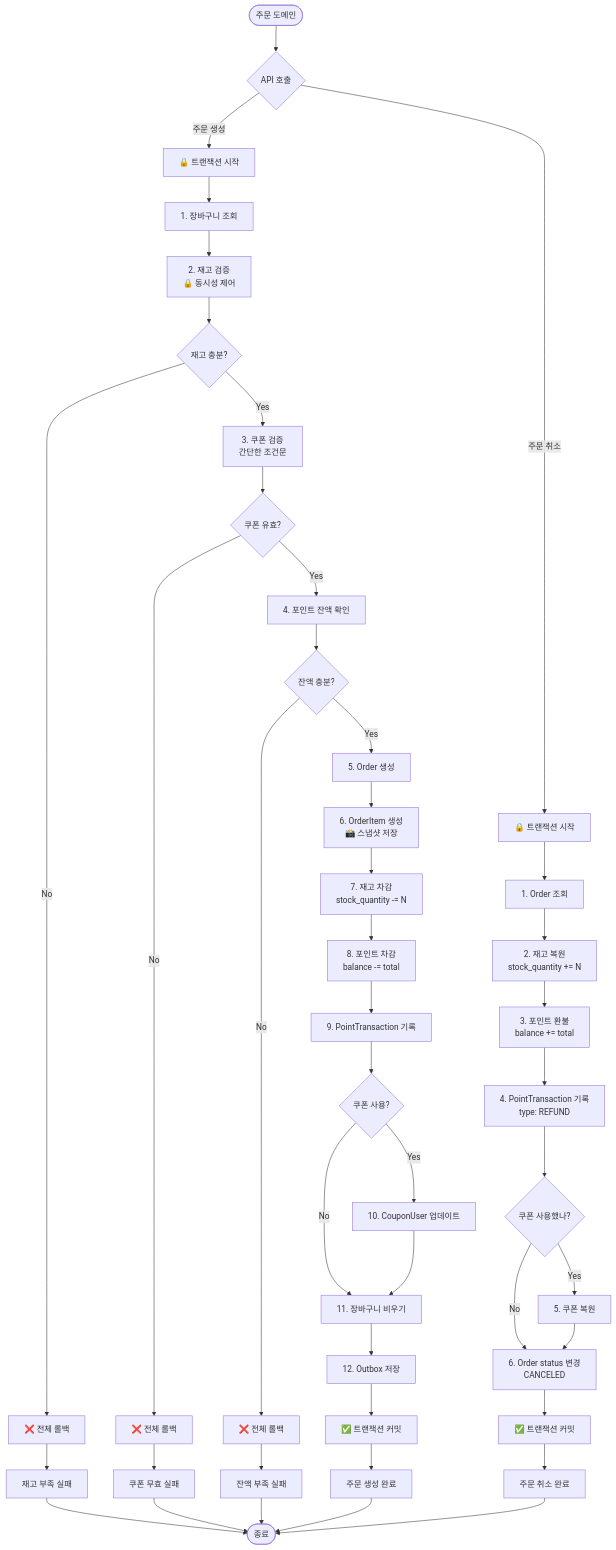
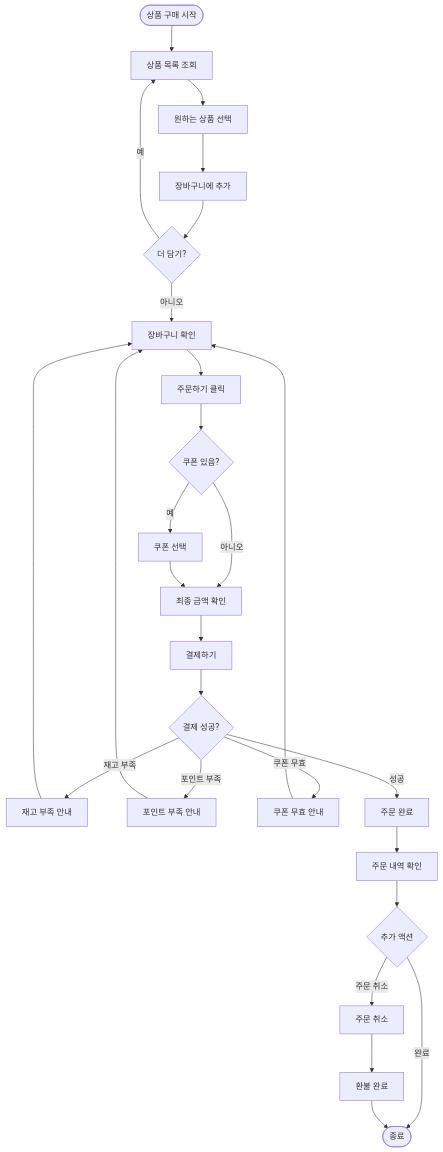
One commit to kmkim2051/hh-ecommerce changed the first of 3 diagrams in docs/02.flow_chart.md. Above: the diagram before and after it, drawn with Mermaid. The commit also changed other lines of this file, not shown here.

Commit message:
[Docs] Flowchart - 사용자 비즈니스 액션 위주로 수정

````diff
--- a/docs/02.flow_chart.md
+++ b/docs/02.flow_chart.md
@@ -5,53 +5,29 @@
 ```mermaid
 flowchart TD
-    Start([주문 도메인]) --> Action{API 호출}
-    
-    Action -->|주문 생성| TxStart[🔒 트랜잭션 시작]
-    
-    TxStart --> Step1[1. 장바구니 조회]
-    Step1 --> Step2[2. 재고 검증<br/>🔒 동시성 제어]
-    Step2 --> StockOK{재고 충분?}
-    StockOK -->|No| Rollback1[❌ 전체 롤백]
-    Rollback1 --> Fail1[재고 부족 실패]
-    
-    StockOK -->|Yes| Step3[3. 쿠폰 검증<br/>간단한 조건문]
-    Step3 --> CouponOK{쿠폰 유효?}
-    CouponOK -->|No| Rollback2[❌ 전체 롤백]
-    Rollback2 --> Fail2[쿠폰 무효 실패]
-    
-    CouponOK -->|Yes| Step4[4. 포인트 잔액 확인]
-    Step4 --> BalanceOK{잔액 충분?}
-    BalanceOK -->|No| Rollback3[❌ 전체 롤백]
-    Rollback3 --> Fail3[잔액 부족 실패]
-    
-    BalanceOK -->|Yes| Step5[5. Order 생성]
-    Step5 --> Step6[6. OrderItem 생성<br/>📸 스냅샷 저장]
-    Step6 --> Step7[7. 재고 차감<br/>stock_quantity -= N]
-    Step7 --> Step8[8. 포인트 차감<br/>balance -= total]
-    Step8 --> Step9[9. PointTransaction 기록]
-    Step9 --> Step10{쿠폰 사용?}
-    Step10 -->|Yes| Step11[10. CouponUser 업데이트]
-    Step10 -->|No| Step12
-    Step11 --> Step12[11. 장바구니 비우기]
-    Step12 --> Step13[12. Outbox 저장]
-    Step13 --> TxCommit[✅ 트랜잭션 커밋]
-    TxCommit --> Success1[주문 생성 완료]
-    
-    Action -->|주문 취소| CancelTxStart[🔒 트랜잭션 시작]
-    CancelTxStart --> Cancel1[1. Order 조회]
-    Cancel1 --> Cancel2[2. 재고 복원<br/>stock_quantity += N]
-    Cancel2 --> Cancel3[3. 포인트 환불<br/>balance += total]
-    Cancel3 --> Cancel4[4. PointTransaction 기록<br/>type: REFUND]
-    Cancel4 --> Cancel5{쿠폰 사용했나?}
-    Cancel5 -->|Yes| Cancel6[5. 쿠폰 복원]
-    Cancel5 -->|No| Cancel7
-    Cancel6 --> Cancel7[6. Order status 변경<br/>CANCELED]
-    Cancel7 --> CancelTxCommit[✅ 트랜잭션 커밋]
-    CancelTxCommit --> Success2[주문 취소 완료]
-    
-    Fail1 --> End([종료])
-    Fail2 --> End
-    Fail3 --> End
-    Success1 --> End
-    Success2 --> End
+    Start([상품 구매 시작]) --> A[상품 목록 조회]
+    A --> B[원하는 상품 선택]
+    B --> C[장바구니에 추가]
+    C --> D{더 담기?}
+    D -->|예| A
+    D -->|아니오| E[장바구니 확인]
+    E --> F[주문하기 클릭]
+    F --> G{쿠폰 있음?}
+    G -->|예| H[쿠폰 선택]
+    G -->|아니오| I
+    H --> I[최종 금액 확인]
+    I --> J[결제하기]
+    J --> K{결제 성공?}
+    K -->|재고 부족| L[재고 부족 안내]
+    K -->|포인트 부족| M[포인트 부족 안내]
+    K -->|쿠폰 무효| N[쿠폰 무효 안내]
+    K -->|성공| O[주문 완료]
+    L --> E
+    M --> E
+    N --> E
+    O --> P[주문 내역 확인]
+    P --> Q{추가 액션}
+    Q -->|주문 취소| R[주문 취소]
+    Q -->|완료| End([종료])
+    R --> S[환불 완료]
+    S --> End
 ```
````
